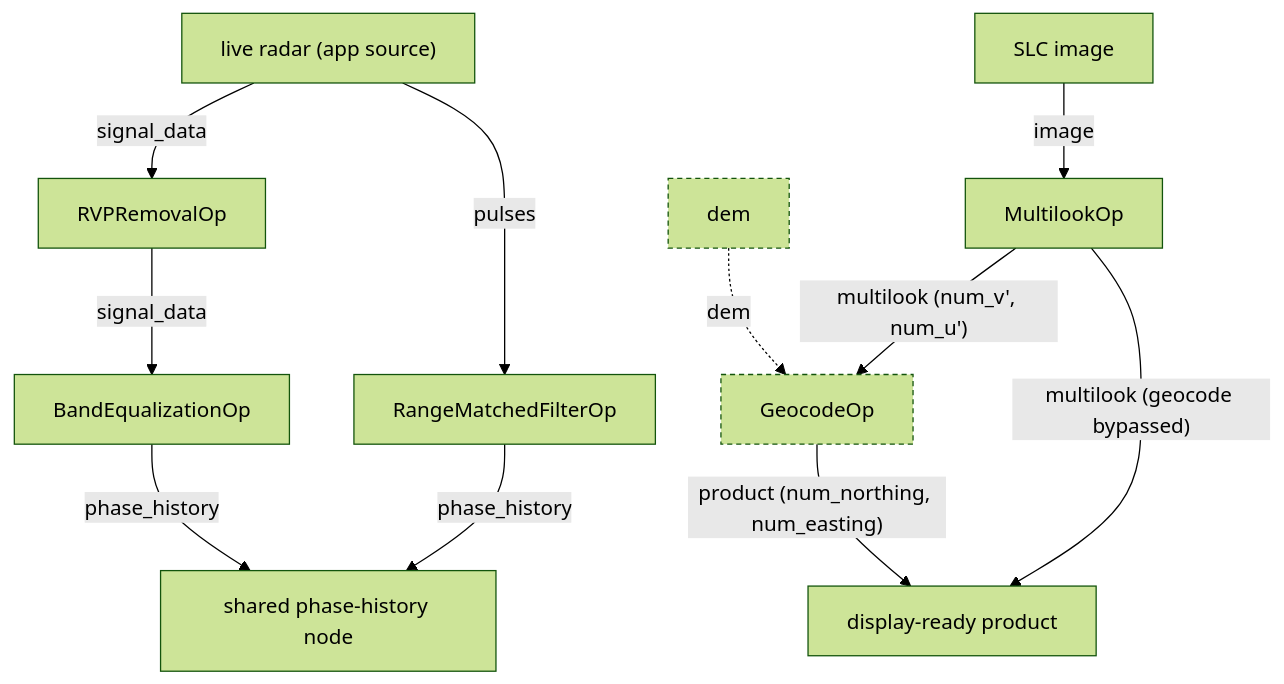
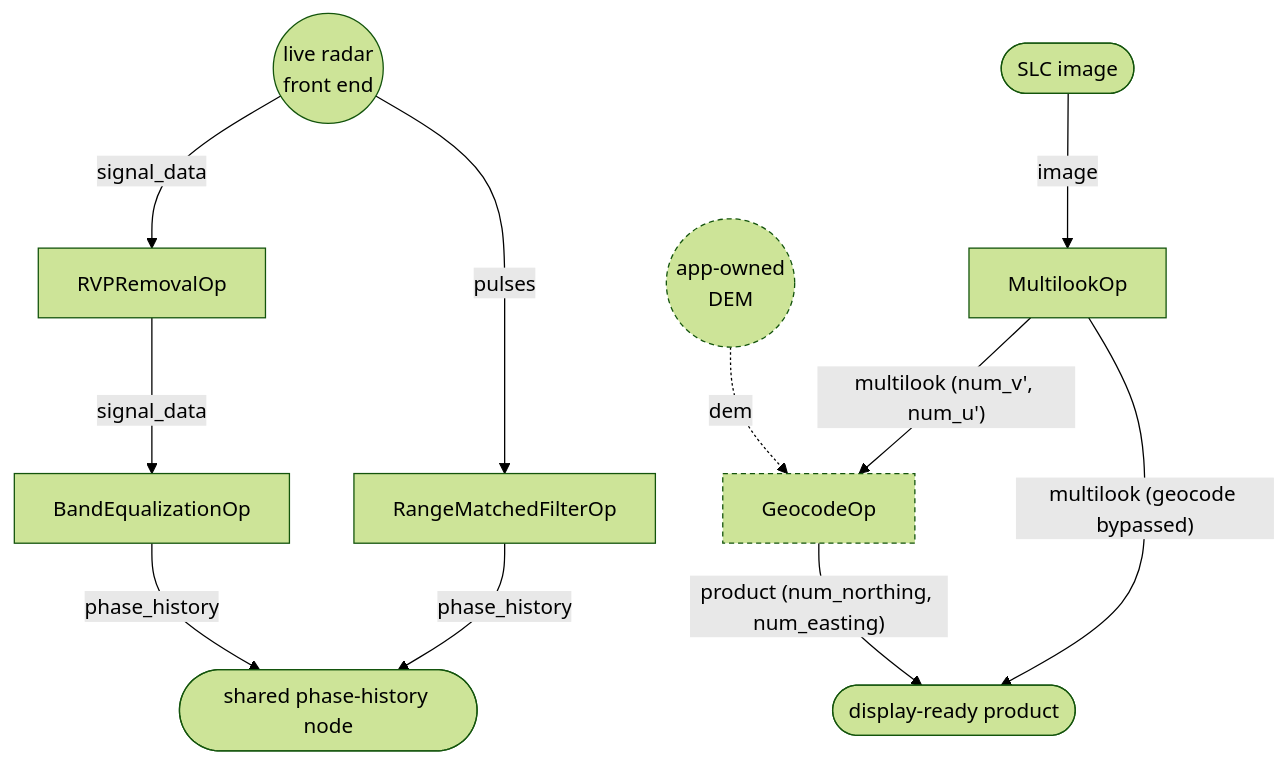
One commit to nvidia-holoscan/holoscan-radar changed the second of 3 diagrams in docs/planning/SAR/WORKFLOWS.md. Above: the diagram before and after it, drawn with Mermaid (forest theme). The commit also changed other lines of this file and 7 other files, not shown here.

````diff
--- a/docs/planning/SAR/WORKFLOWS.md
+++ b/docs/planning/SAR/WORKFLOWS.md
@@ -196,15 +204,15 @@
 ```mermaid
 flowchart TD
   classDef opt stroke-dasharray:4 3
-  LIVE["live radar (app source)"] -->|"signal_data"| RVP["RVPRemovalOp"]
+  LIVE(("live radar<br>front end")) -->|"signal_data"| RVP["RVPRemovalOp"]
   LIVE -->|"pulses"| RMF["RangeMatchedFilterOp"]
   RVP -->|"signal_data"| BEQ["BandEqualizationOp"]
-  BEQ -->|"phase_history"| PH["shared phase-history node"]
+  BEQ -->|"phase_history"| PH(["shared phase-history node"])
   RMF -->|"phase_history"| PH
-  SLC["SLC image"] -->|"image"| ML["MultilookOp"]
+  SLC(["SLC image"]) -->|"image"| ML["MultilookOp"]
   ML -->|"multilook (num_v', num_u')"| GC["GeocodeOp"]
-  GC -->|"product (num_northing, num_easting)"| DISP["display-ready product"]
+  GC -->|"product (num_northing, num_easting)"| DISP(["display-ready product"])
   ML -->|"multilook (geocode bypassed)"| DISP
-  DEM["dem"] -.->|"dem"| GC
+  DEM(("app-owned<br>DEM")) -.->|"dem"| GC
   class GC,DEM opt
 ```
````
